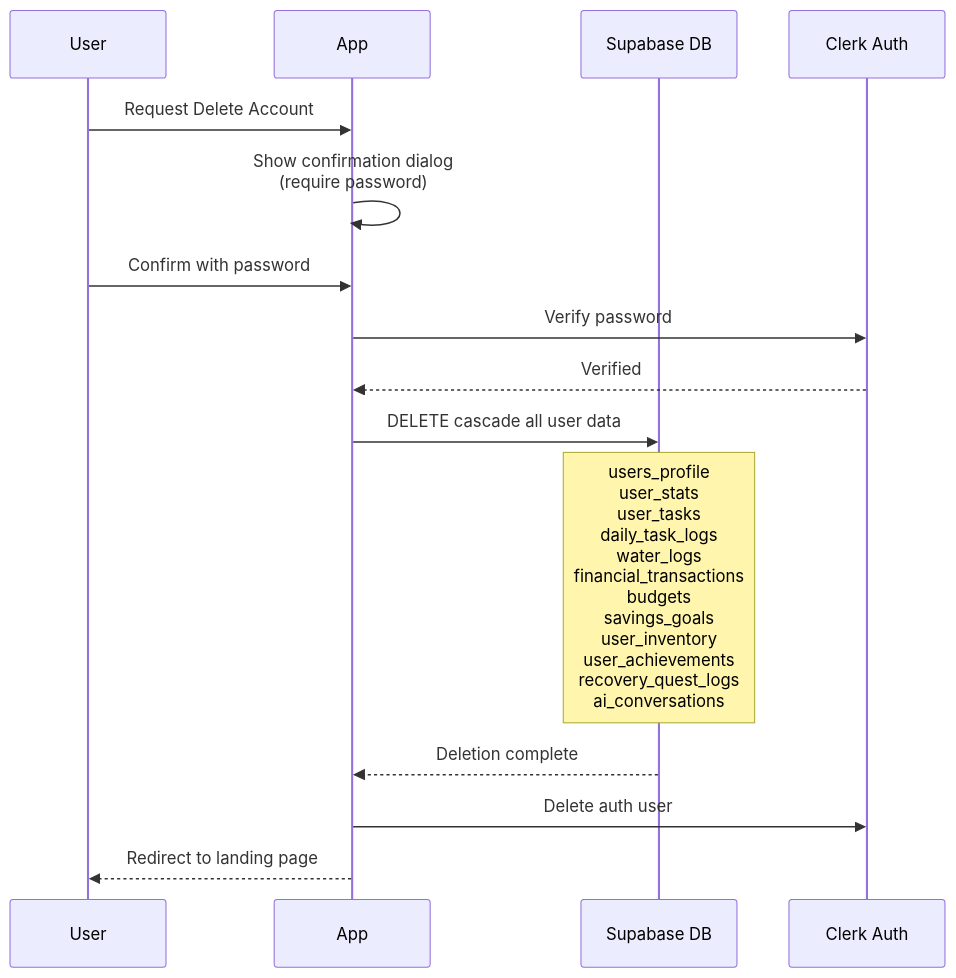
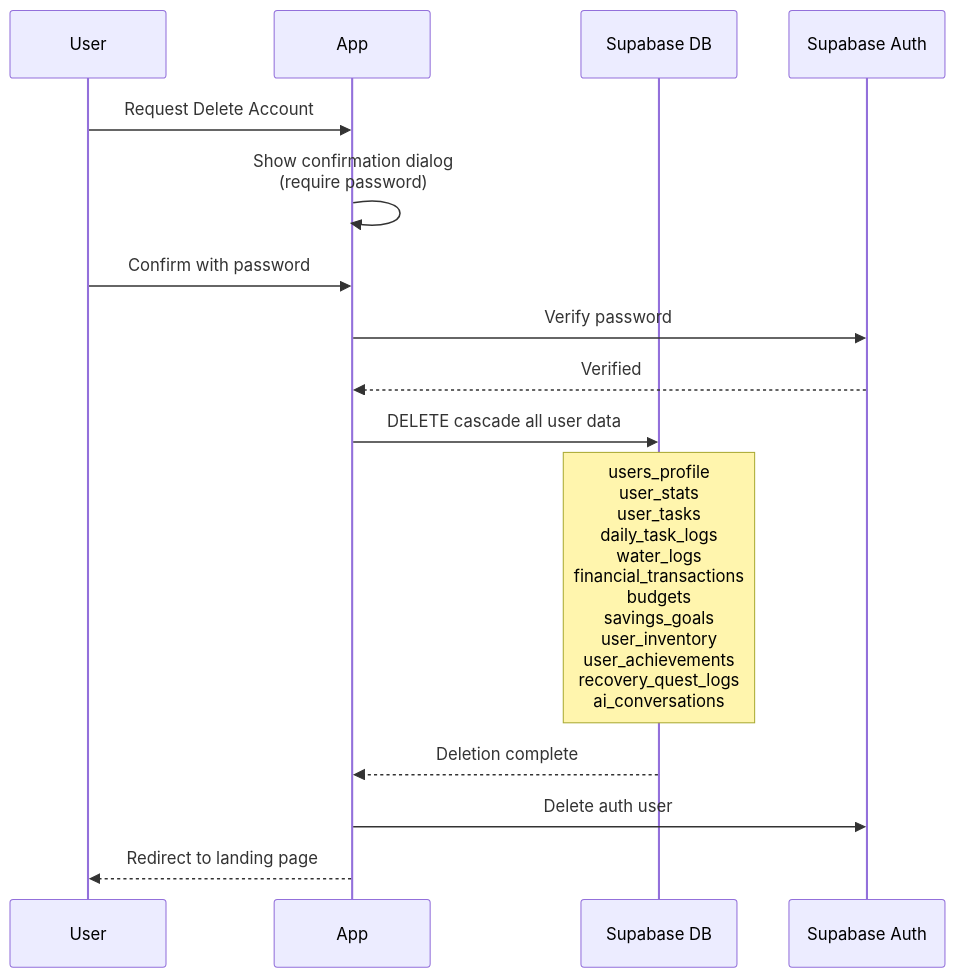
Before and after one commit to arsyamil/LevelUp-Deen-: the first of 2 diagrams in level-up-deen/docs/Compliance.md, drawn with Mermaid. The commit also changed 116 other files, not shown here.

````diff
--- a/level-up-deen/docs/Compliance.md
+++ b/level-up-deen/docs/Compliance.md
@@ -121,18 +121,18 @@
 ```mermaid
 sequenceDiagram
     participant User
     participant App
     participant DB as Supabase DB
-    participant Auth as Clerk Auth
+    participant Auth as Supabase Auth
 
     User->>App: Request Delete Account
     App->>App: Show confirmation dialog<br/>(require password)
     User->>App: Confirm with password
     App->>Auth: Verify password
     Auth-->>App: Verified
     App->>DB: DELETE cascade all user data
     Note over DB: users_profile<br/>user_stats<br/>user_tasks<br/>daily_task_logs<br/>water_logs<br/>financial_transactions<br/>budgets<br/>savings_goals<br/>user_inventory<br/>user_achievements<br/>recovery_quest_logs<br/>ai_conversations
     DB-->>App: Deletion complete
     App->>Auth: Delete auth user
     App-->>User: Redirect to landing page
 ```
````
